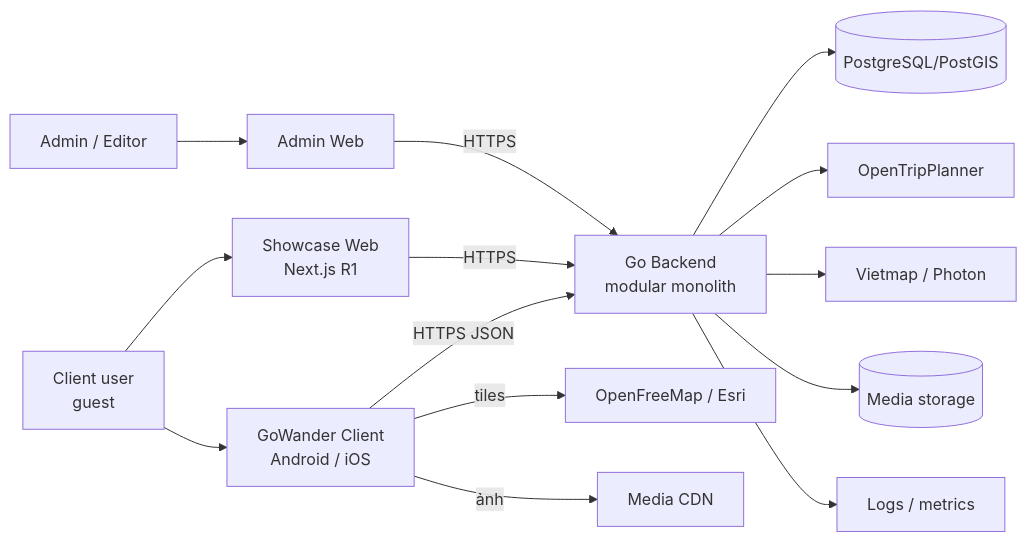
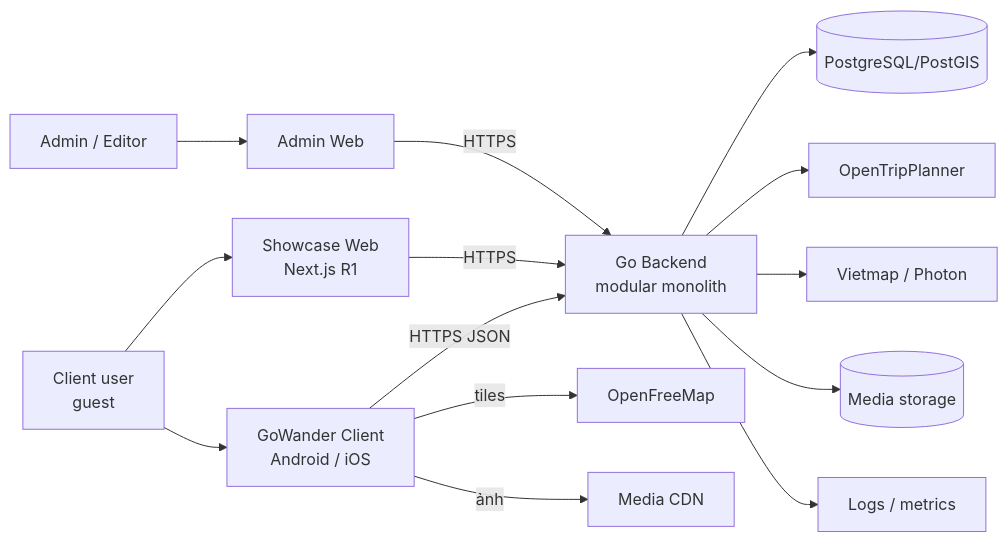
One commit to LeGiaBaoDev/Go_Wander changed the diagram in docs/02-architecture/01-system-context.md. Above: the diagram before and after it, drawn with Mermaid. The commit also changed other lines of this file and 15 other files, not shown here.

````diff
--- a/docs/02-architecture/01-system-context.md
+++ b/docs/02-architecture/01-system-context.md
@@ -60,19 +60,19 @@
 ```mermaid
 flowchart LR
   U[Client user<br/>guest] --> C[GoWander Client<br/>Android / iOS]
   U --> S[Showcase Web<br/>Next.js R1]
   A[Admin / Editor] --> W[Admin Web]
 
   C -->|HTTPS JSON| API[Go Backend<br/>modular monolith]
   S -->|HTTPS| API
   W -->|HTTPS| API
 
   API --> DB[(PostgreSQL/PostGIS)]
   API --> OTP[OpenTripPlanner]
   API --> GEO[Vietmap / Photon]
   API --> MEDIA[(Media storage)]
   API --> LOG[Logs / metrics]
 
-  C -->|tiles| MAP[OpenFreeMap / Esri]
+  C -->|tiles| MAP[OpenFreeMap]
   C -->|ảnh| CDN[Media CDN]
 ```
````
